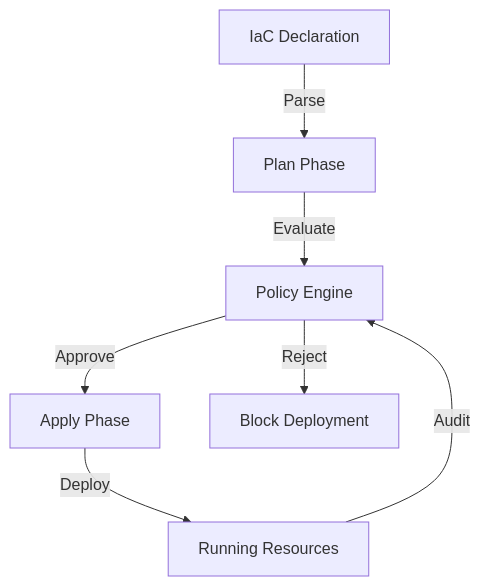
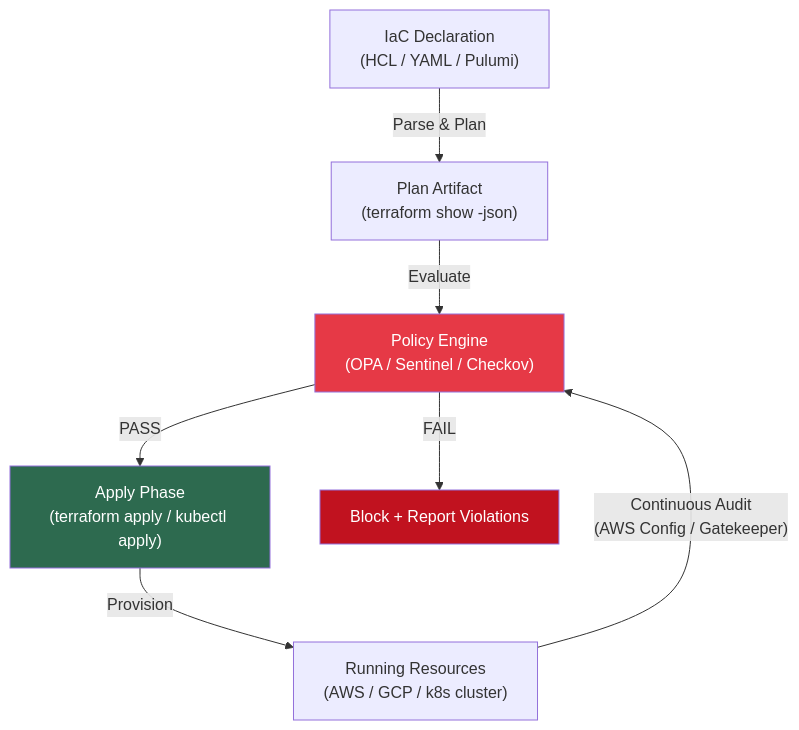
The second of 10 diagrams in topics/computing/infrastructure/devsecops/lesson_04_iac_configuration_management.md (blebleblee/synapse), drawn with Mermaid before and after one commit. The commit also changed other lines of this file and 6 other files, not shown here.

````diff
--- a/topics/computing/infrastructure/devsecops/lesson_04_iac_configuration_management.md
+++ b/topics/computing/infrastructure/devsecops/lesson_04_iac_configuration_management.md
@@ -27,9 +30,12 @@
 ```mermaid
 graph TD
-    A["IaC Declaration"] -->|"Parse"| B["Plan Phase"]
-    B -->|"Evaluate"| C["Policy Engine"]
-    C -->|"Approve"| D["Apply Phase"]
-    C -->|"Reject"| E["Block Deployment"]
-    D -->|"Deploy"| F["Running Resources"]
-    F -->|"Audit"| C
+    A["IaC Declaration\n(HCL / YAML / Pulumi)"] -->|"Parse & Plan"| B["Plan Artifact\n(terraform show -json)"]
+    B -->|"Evaluate"| C["Policy Engine\n(OPA / Sentinel / Checkov)"]
+    C -->|"PASS"| D["Apply Phase\n(terraform apply / kubectl apply)"]
+    C -->|"FAIL"| E["Block + Report Violations"]
+    D -->|"Provision"| F["Running Resources\n(AWS / GCP / k8s cluster)"]
+    F -->|"Continuous Audit\n(AWS Config / Gatekeeper)"| C
+    style C fill:#e63946,color:#fff
+    style E fill:#c1121f,color:#fff
+    style D fill:#2d6a4f,color:#fff
 ```
````
